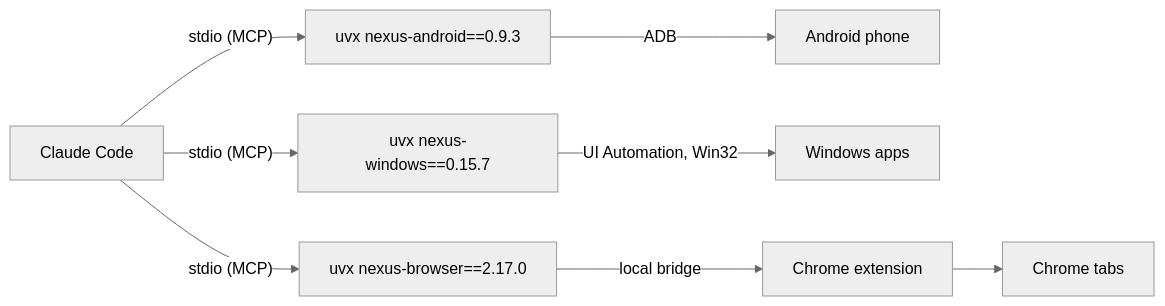
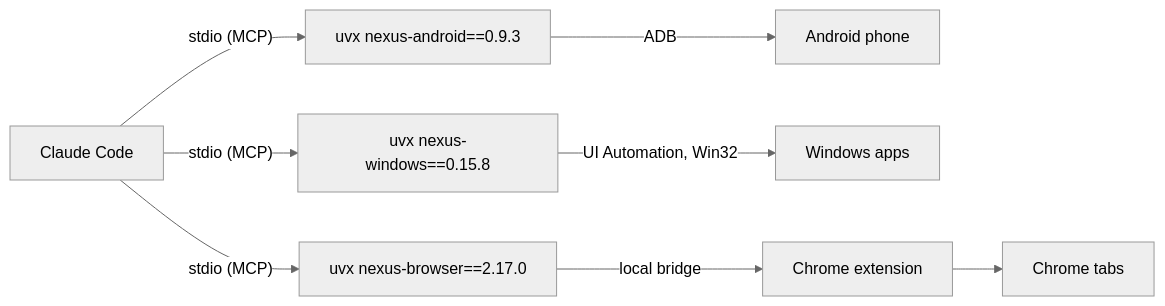
Before and after one commit to pironjulien/NexusSystem: the diagram in README.md, drawn with Mermaid (neutral theme). The commit also changed 7 other files, not shown here.

Commit message:
1.3.2: nexus-windows pinned to 0.15.8

````diff
--- a/README.md
+++ b/README.md
@@ -54,6 +54,6 @@
 ```mermaid
 flowchart LR
     C["Claude Code"] -- "stdio (MCP)" --> A["uvx nexus-android==0.9.3"] -- ADB --> P["Android phone"]
-    C -- "stdio (MCP)" --> W["uvx nexus-windows==0.15.7"] -- "UI Automation, Win32" --> D["Windows apps"]
+    C -- "stdio (MCP)" --> W["uvx nexus-windows==0.15.8"] -- "UI Automation, Win32" --> D["Windows apps"]
     C -- "stdio (MCP)" --> B["uvx nexus-browser==2.17.0"] -- "local bridge" --> E["Chrome extension"] --> T["Chrome tabs"]
 ```
````
